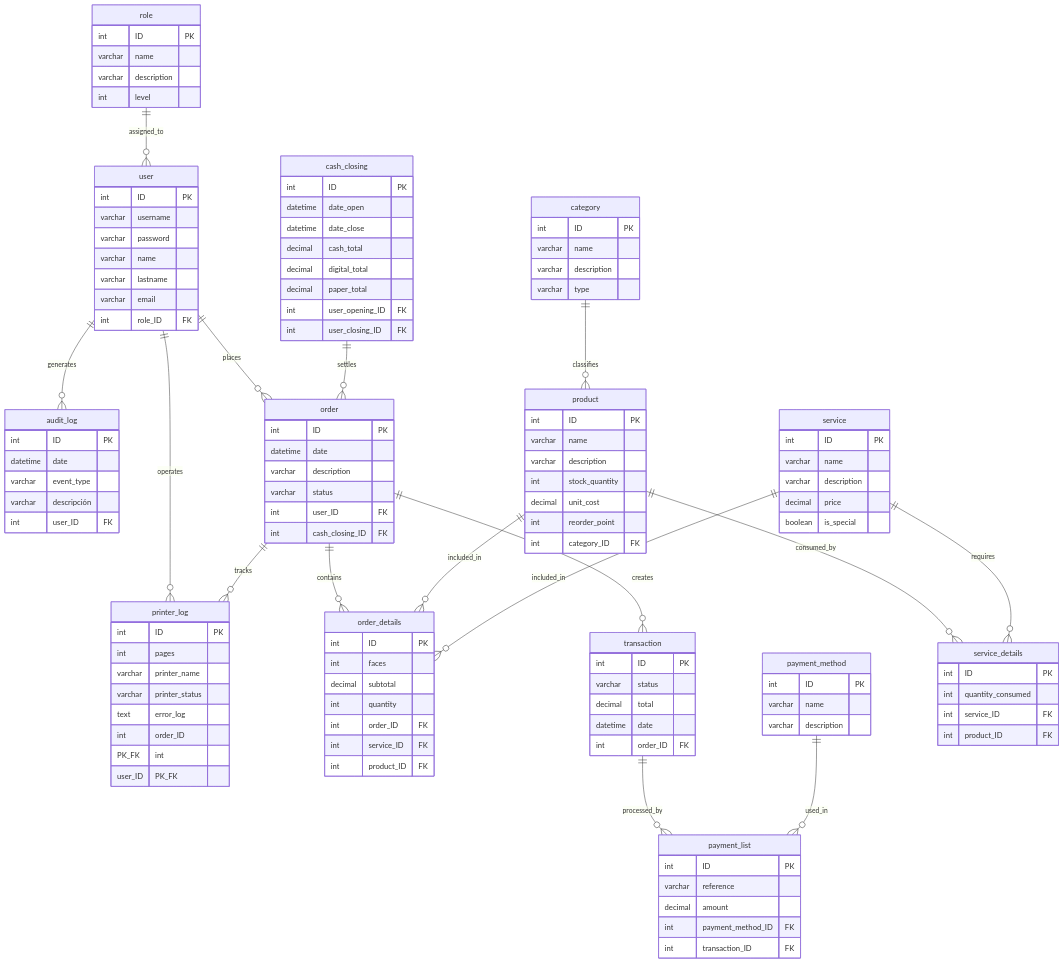
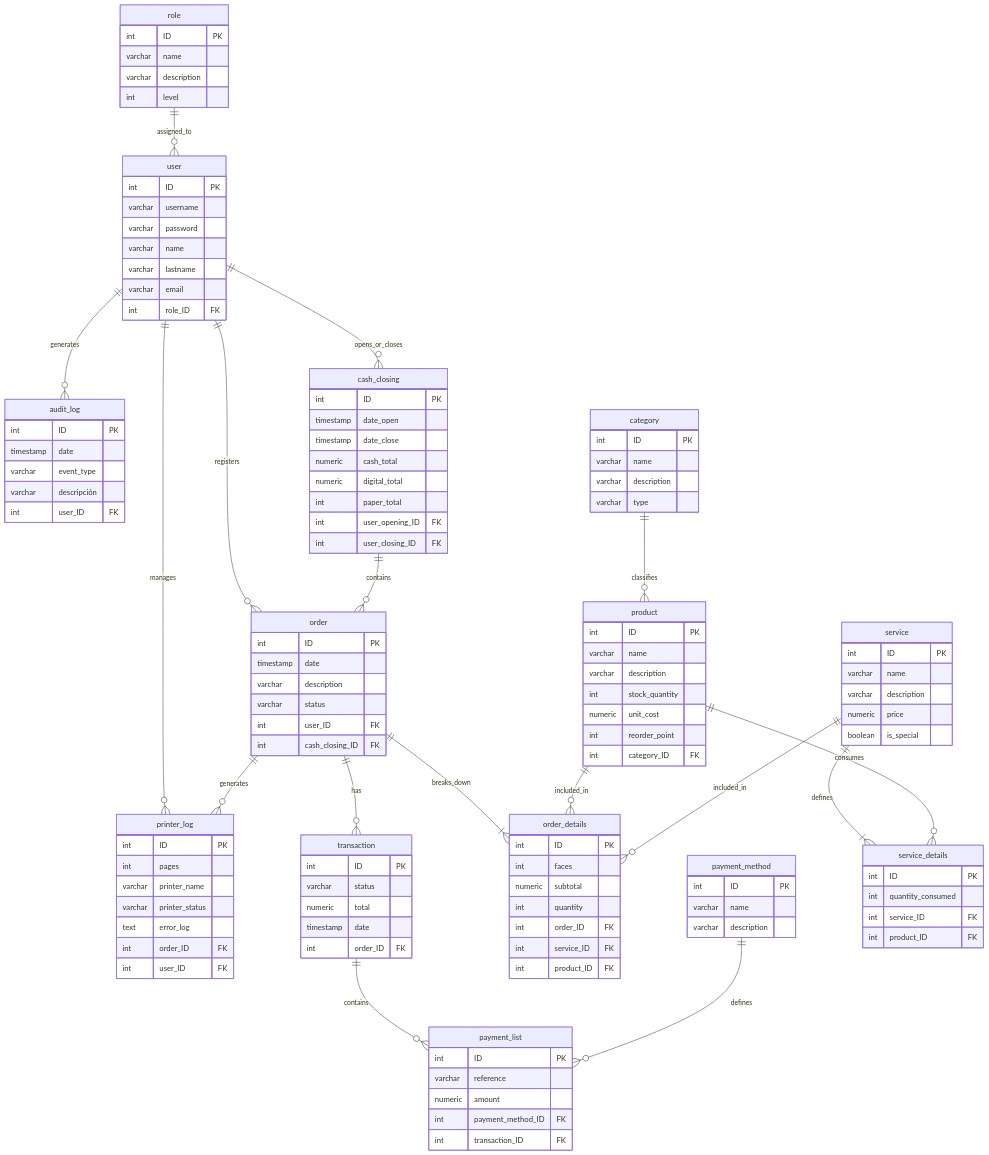
Before and after one commit to regg-fe/spooler-agent-sgi: the first of 3 diagrams in README.md, drawn with Mermaid.

Commit message:
Tarea #4: ajuste del diagrama entidad relacion

````diff
--- a/README.md
+++ b/README.md
@@ -9,6 +9,23 @@
 ```mermaid
 
 erDiagram
+    role ||--o{ user : "assigned_to"
+    user ||--o{ audit_log : "generates"
+    user ||--o{ printer_log : "manages"
+    user ||--o{ cash_closing : "opens_or_closes"
+    user ||--o{ order : "registers"
+    cash_closing ||--o{ order : "contains"
+    order ||--o{ printer_log : "generates"
+    order ||--o{ transaction : "has"
+    order ||--|{ order_details : "breaks_down"
+    transaction ||--o{ payment_list : "contains"
+    payment_method ||--o{ payment_list : "defines"
+    product ||--o{ order_details : "included_in"
+    service ||--o{ order_details : "included_in"
+    category ||--o{ product : "classifies"
+    service ||--|{ service_details : "defines"
+    product ||--o{ service_details : "consumes"
+
     role {
         int ID PK
         varchar name
@@ -28,10 +45,21 @@
 
     audit_log {
         int ID PK
-        datetime date
+        timestamp date
         varchar event_type
         varchar descripción
         int user_ID FK
+    }
+
+    cash_closing {
+        int ID PK
+        timestamp date_open
+        timestamp date_close
+        numeric cash_total
+        numeric digital_total
+        int paper_total
+        int user_opening_ID FK
+        int user_closing_ID FK
     }
 
     printer_log {
@@ -40,38 +68,25 @@
         varchar printer_name
         varchar printer_status
         text error_log
-        int order_ID PK_FK
-        int user_ID PK_FK
-    }
-
-    cash_closing {
-        int ID PK
-        datetime date_open
-        datetime date_close
-        decimal cash_total
-        decimal digital_total
-        decimal paper_total
-        int user_opening_ID FK
-        int user_closing_ID FK
+        int order_ID FK
+        int user_ID FK
     }
 
     order {
         int ID PK
-        datetime date
+        timestamp date
         varchar description
         varchar status
         int user_ID FK
         int cash_closing_ID FK
     }
 
-    order_details {
+    transaction {
         int ID PK
-        int faces
-        decimal subtotal
-        int quantity
+        varchar status
+        numeric total
+        timestamp date
         int order_ID FK
-        int service_ID FK
-        int product_ID FK
     }
 
     payment_method {
@@ -83,17 +98,29 @@
     payment_list {
         int ID PK
         varchar reference
-        decimal amount
+        numeric amount
         int payment_method_ID FK
         int transaction_ID FK
     }
 
-    transaction {
+    order_details {
         int ID PK
-        varchar status
-        decimal total
-        datetime date
+        int faces
+        numeric subtotal
+        int quantity
         int order_ID FK
+        int service_ID FK
+        int product_ID FK
+    }
+
+    product {
+        int ID PK
+        varchar name
+        varchar description
+        int stock_quantity
+        numeric unit_cost
+        int reorder_point
+        int category_ID FK
     }
 
     category {
@@ -103,21 +130,11 @@
         varchar type
     }
 
-    product {
-        int ID PK
-        varchar name
-        varchar description
-        int stock_quantity
-        decimal unit_cost
-        int reorder_point
-        int category_ID FK
-    }
-
     service {
         int ID PK
         varchar name
         varchar description
-        decimal price
+        numeric price
         boolean is_special
     }
 
@@ -128,25 +145,4 @@
         int product_ID FK
     }
 
-    %% Relaciones del Sistema
-    role ||--o{ user : "assigned_to"
-    user ||--o{ audit_log : "generates"
-    user ||--o{ order : "places"
-    user ||--o{ printer_log : "operates"
-    
-    cash_closing ||--o{ order : "settles"
-    order ||--o{ order_details : "contains"
-    order ||--o{ transaction : "creates"
-    order ||--o{ printer_log : "tracks"
-    
-    transaction ||--o{ payment_list : "processed_by"
-    payment_method ||--o{ payment_list : "used_in"
-    
-    category ||--o{ product : "classifies"
-    product ||--o{ order_details : "included_in"
-    service ||--o{ order_details : "included_in"
-    
-    product ||--o{ service_details : "consumed_by"
-    service ||--o{ service_details : "requires"
-
 ```
````
